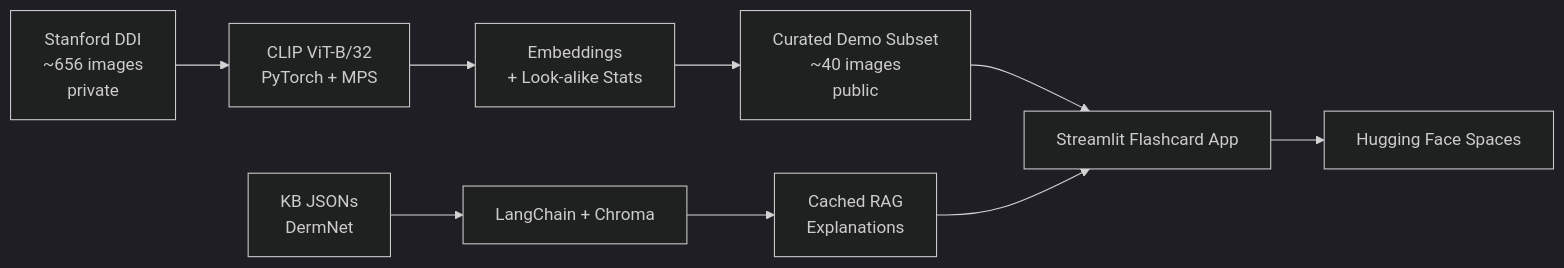
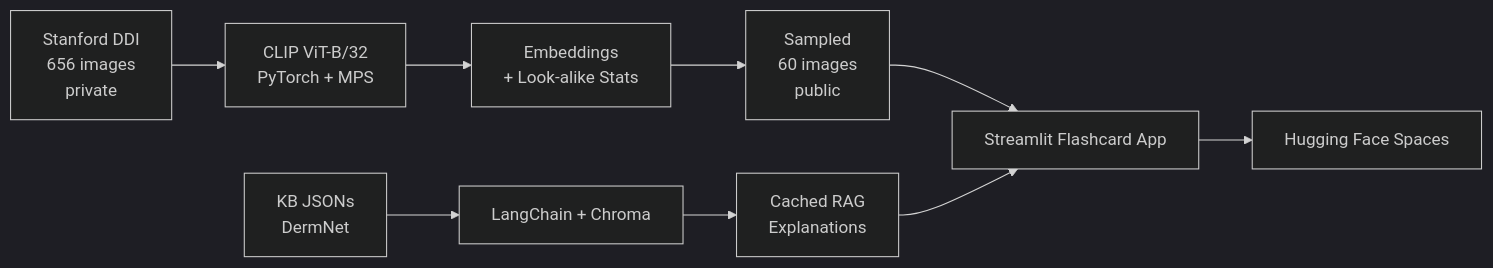
Before and after one commit to MadisonGWall/derm-clip-rag: the diagram in README.md, drawn with Mermaid (dark theme). The commit also changed other lines of this file and 1 other file, not shown here.

````diff
--- a/README.md
+++ b/README.md
@@ -42,11 +48,11 @@
 ```mermaid
 graph LR
-  A[Stanford DDI<br/>~656 images<br/>private] --> B[CLIP ViT-B/32<br/>PyTorch + MPS]
+  A[Stanford DDI<br/>656 images<br/>private] --> B[CLIP ViT-B/32<br/>PyTorch + MPS]
   B --> C[Embeddings<br/>+ Look-alike Stats]
-  C --> D[Curated Demo Subset<br/>~40 images<br/>public]
+  C --> D[Sampled<br/>60 images<br/>public]
   E[KB JSONs<br/>DermNet] --> F[LangChain + Chroma]
   F --> G[Cached RAG<br/>Explanations]
   D --> H[Streamlit Flashcard App]
   G --> H
   H --> I[Hugging Face Spaces]
 ```
````
